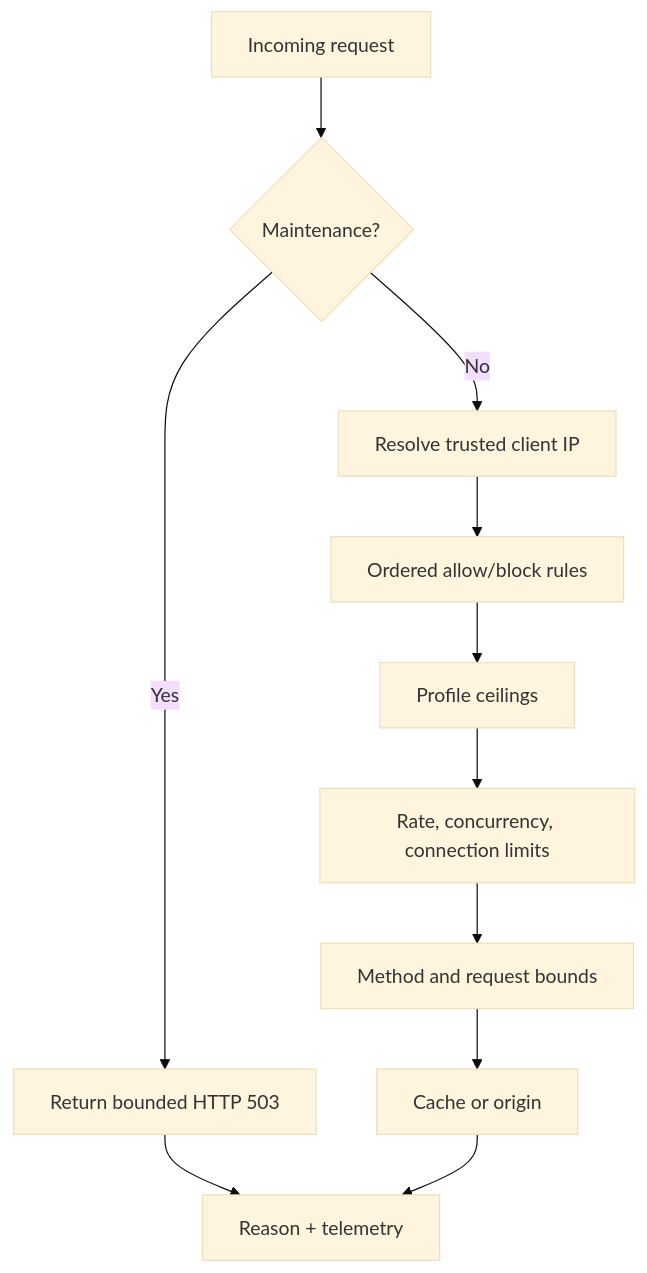
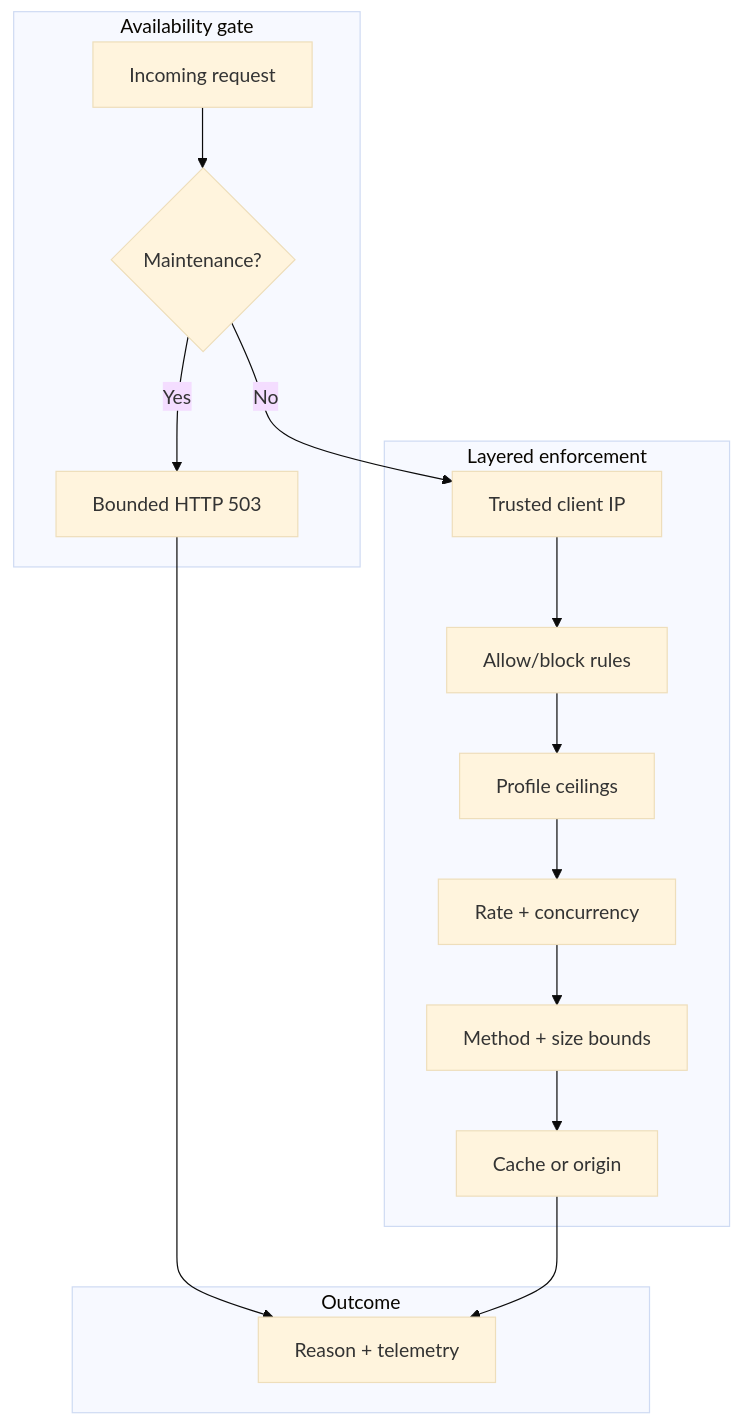
One commit to vaheed/CDNFoundry changed the diagram in docs/guides/security.md. Above: the diagram before and after it, drawn with Mermaid (base theme). The commit also changed 24 other files, not shown here.

````diff
--- a/docs/guides/security.md
+++ b/docs/guides/security.md
@@ -8,13 +8,16 @@
 ```mermaid
 flowchart TD
-    Request["Incoming request"] --> Maintenance{"Maintenance?"}
-    Maintenance -- Yes --> Response["Return bounded HTTP 503"]
-    Maintenance -- No --> Client["Resolve trusted client IP"]
-    Client --> Rules["Ordered allow/block rules"]
-    Rules --> Profile["Profile ceilings"]
-    Profile --> Limits["Rate, concurrency, connection limits"]
-    Limits --> Method["Method and request bounds"]
-    Method --> Serve["Cache or origin"]
-    Response --> Event["Reason + telemetry"]
-    Serve --> Event
+    subgraph Gate["Availability gate"]
+      Request["Incoming request"] --> Maintenance{"Maintenance?"}
+      Maintenance -- Yes --> Response["Bounded HTTP 503"]
+    end
+    subgraph Enforce["Layered enforcement"]
+      Maintenance -- No --> Client["Trusted client IP"] --> Rules["Allow/block rules"]
+      Rules --> Profile["Profile ceilings"] --> Limits["Rate + concurrency"]
+      Limits --> Method["Method + size bounds"] --> Serve["Cache or origin"]
+    end
+    subgraph Observe["Outcome"]
+      Response --> Event["Reason + telemetry"]
+      Serve --> Event
+    end
 ```
````
